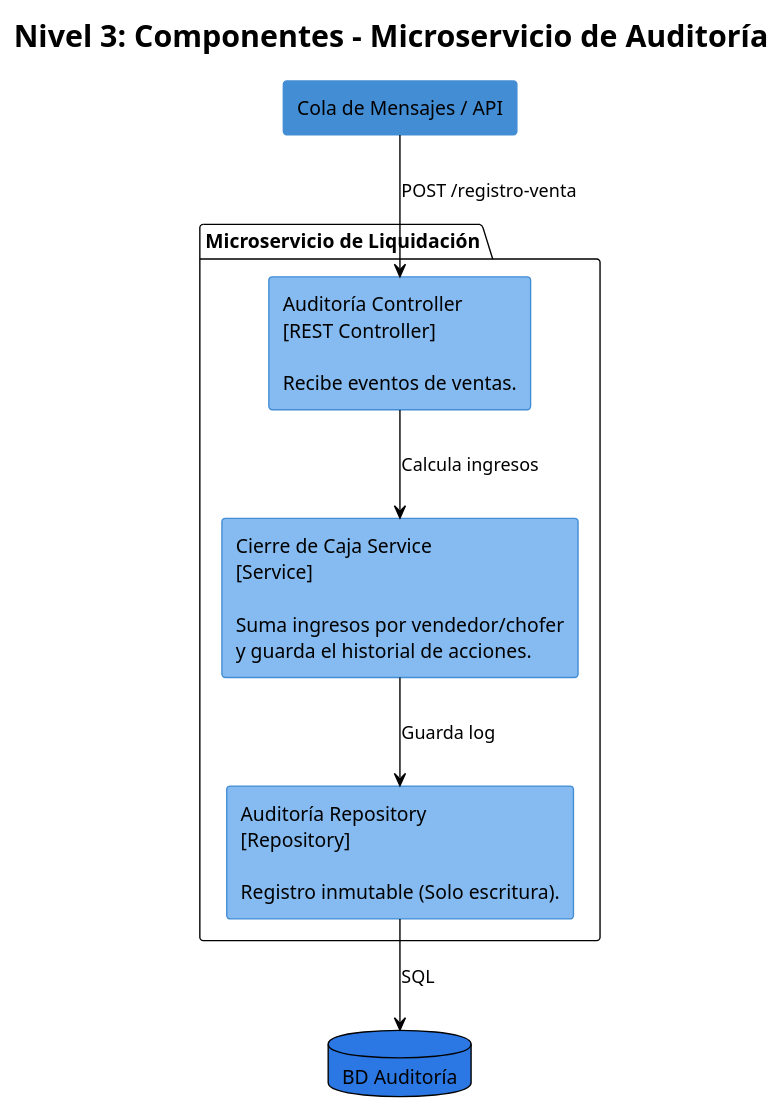
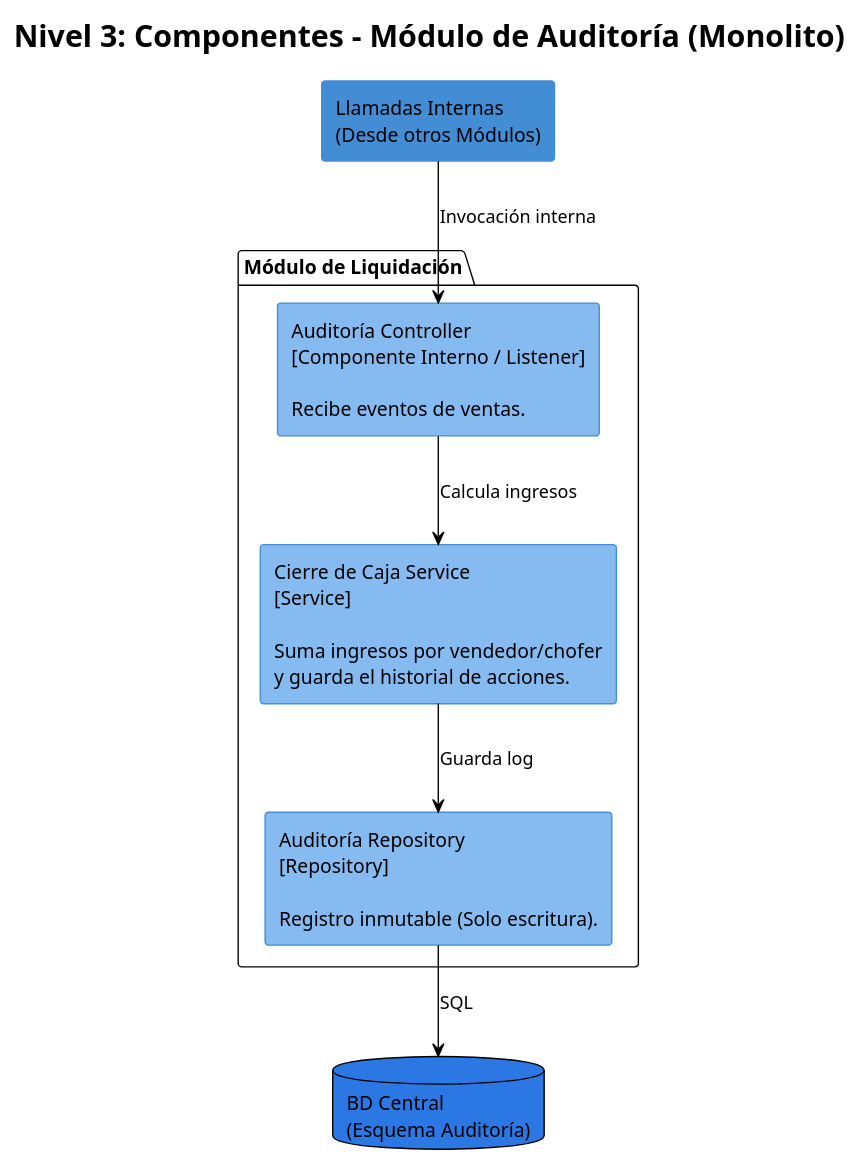
Before and after one commit to FloppaFlopita/TRANS_SYNC_DOCS: the diagram in 1-MODELO_C4/Nivel_3_Contexto/c4_nivel3_auditoria.puml, drawn with PlantUML. The commit also changed 24 other files, not shown here.

```diff
--- a/1-MODELO_C4/Nivel_3_Contexto/c4_nivel3_auditoria.puml
+++ b/1-MODELO_C4/Nivel_3_Contexto/c4_nivel3_auditoria.puml
@@ -1,24 +1,24 @@
 @startuml
 !theme plain
 skinparam rectangle {
     BackgroundColor #85bbf0
     BorderColor #438dd5
 }
 
-title Nivel 3: Componentes - Microservicio de Auditoría
+title Nivel 3: Componentes - Módulo de Auditoría (Monolito)
 
-rectangle "Cola de Mensajes / API" as api #438dd5
+rectangle "Llamadas Internas\n(Desde otros Módulos)" as llamadas #438dd5
 
-package "Microservicio de Liquidación" {
-    rectangle "Auditoría Controller\n[REST Controller]\n\nRecibe eventos de ventas." as controller
+package "Módulo de Liquidación" {
+    rectangle "Auditoría Controller\n[Componente Interno / Listener]\n\nRecibe eventos de ventas." as controller
     rectangle "Cierre de Caja Service\n[Service]\n\nSuma ingresos por vendedor/chofer\ny guarda el historial de acciones." as service
     rectangle "Auditoría Repository\n[Repository]\n\nRegistro inmutable (Solo escritura)." as repository
 }
 
-database "BD Auditoría" as bd_auditoria #2b78e4
+database "BD Central\n(Esquema Auditoría)" as bd_auditoria #2b78e4
 
-api --> controller : POST /registro-venta
+llamadas --> controller : Invocación interna
 controller --> service : Calcula ingresos
 service --> repository : Guarda log
 repository --> bd_auditoria : SQL
 @enduml
```
